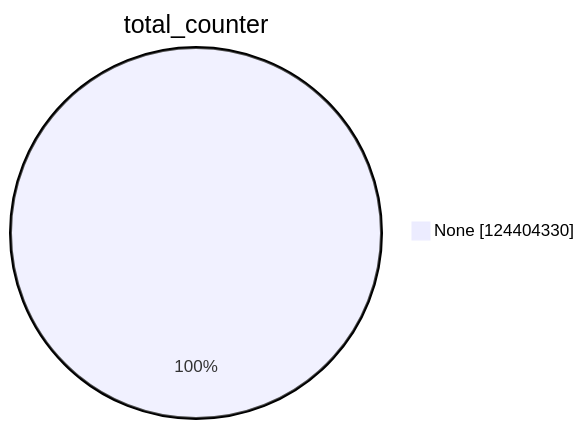
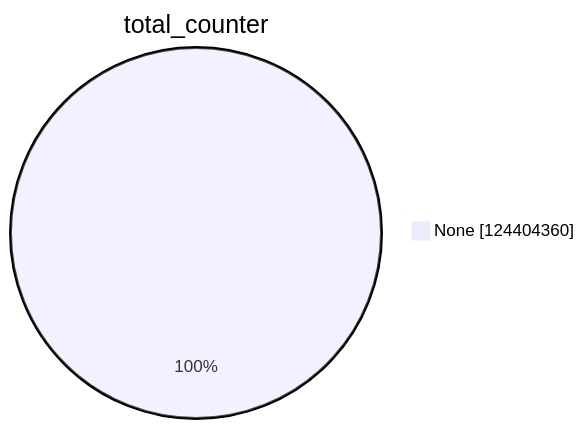
One commit to christiankrug/ctmonitor_visualization changed the first of 15 diagrams in xenon2023/README.md. Above: the diagram before and after it, drawn with Mermaid. The commit also changed other lines of this file, not shown here.

````diff
--- a/xenon2023/README.md
+++ b/xenon2023/README.md
@@ -1,5 +1,5 @@
 ```mermaid
 pie showData
 title total_counter
-"None" :124404330
+"None" :124404360
 ```
````
